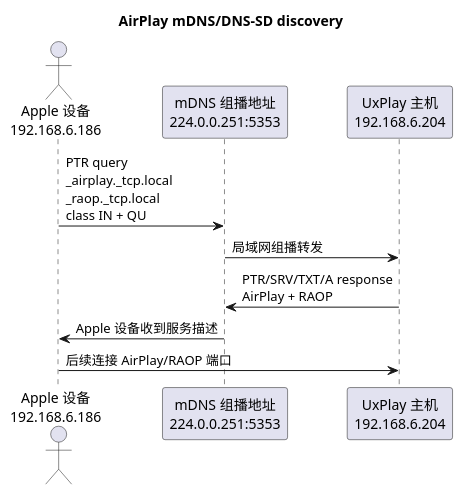
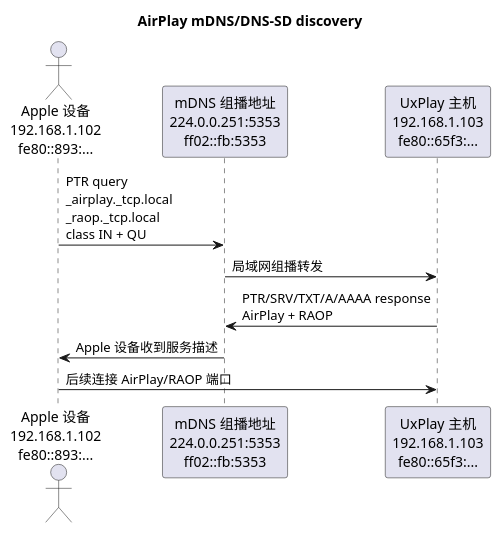
One commit to kgbook/blog changed the first of 6 diagrams in content/articles/Android/airplay_mdns_discovery/index.md. Above: the diagram before and after it, drawn with PlantUML. The commit also changed other lines of this file, not shown here.

Commit message:
feat: add ipv6 mDNS support

````diff
--- a/content/articles/Android/airplay_mdns_discovery/index.md
+++ b/content/articles/Android/airplay_mdns_discovery/index.md
@@ -68,16 +77,16 @@
 ```plantuml
 @startuml
 title AirPlay mDNS/DNS-SD discovery
 
-actor "Apple 设备\n192.168.6.186" as Apple
-participant "mDNS 组播地址\n224.0.0.251:5353" as MDNS
-participant "UxPlay 主机\n192.168.6.204" as UxPlay
+actor "Apple 设备\n192.168.1.102\nfe80::893:..." as Apple
+participant "mDNS 组播地址\n224.0.0.251:5353\nff02::fb:5353" as MDNS
+participant "UxPlay 主机\n192.168.1.103\nfe80::65f3:..." as UxPlay
 
 Apple -> MDNS: PTR query\n_airplay._tcp.local\n_raop._tcp.local\nclass IN + QU
 MDNS -> UxPlay: 局域网组播转发
-UxPlay -> MDNS: PTR/SRV/TXT/A response\nAirPlay + RAOP
+UxPlay -> MDNS: PTR/SRV/TXT/A/AAAA response\nAirPlay + RAOP
 MDNS -> Apple: Apple 设备收到服务描述
 Apple -> UxPlay: 后续连接 AirPlay/RAOP 端口
 
 @enduml
 ```
````
